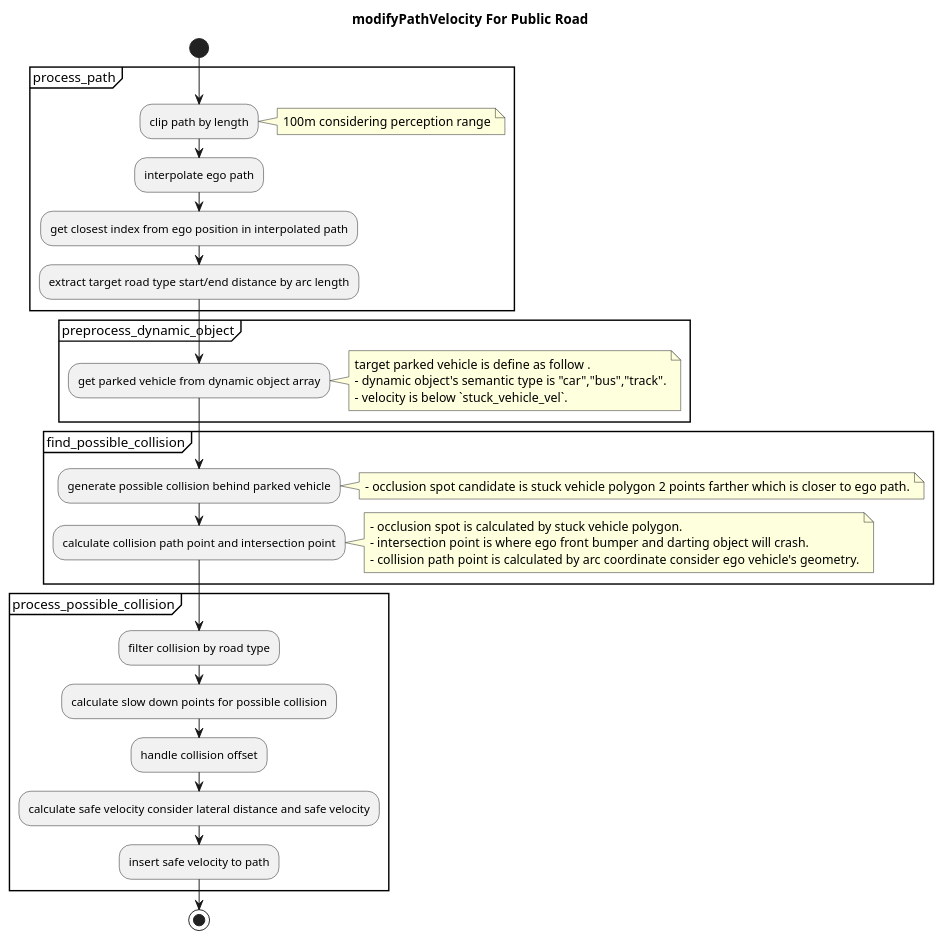
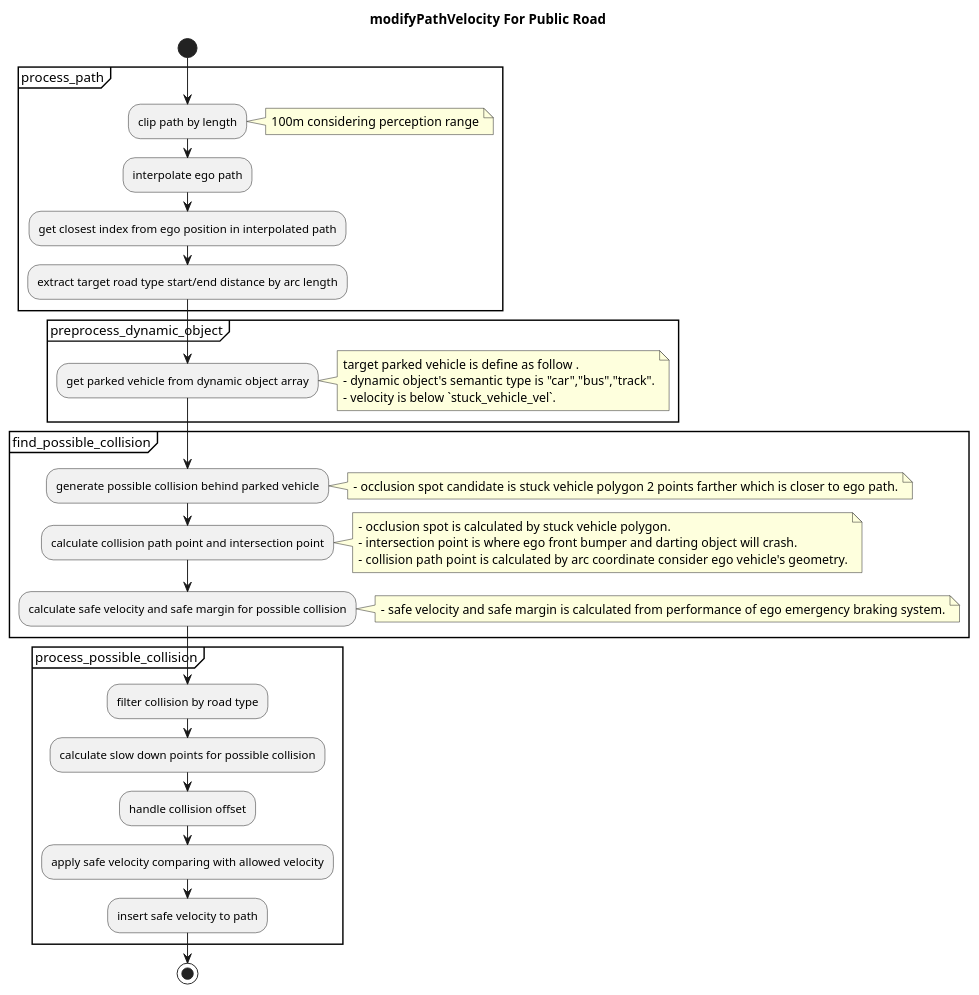
The second of 3 diagrams in planning/behavior_velocity_planner/occlusion-spot-design.md (autowarefoundation/autoware.universe), drawn with PlantUML before and after one commit. The commit also changed other lines of this file and 4 other files, not shown here.

````diff
--- a/planning/behavior_velocity_planner/occlusion-spot-design.md
+++ b/planning/behavior_velocity_planner/occlusion-spot-design.md
@@ -158,44 +184,48 @@
 ```plantuml
 @startuml
 title modifyPathVelocity For Public Road
 start
 
 partition process_path {
 :clip path by length;
 note right
   100m considering perception range
 end note
 :interpolate ego path;
 :get closest index from ego position in interpolated path;
 :extract target road type start/end distance by arc length;
 }
 partition preprocess_dynamic_object {
 :get parked vehicle from dynamic object array;
 note right
   target parked vehicle is define as follow .
   - dynamic object's semantic type is "car","bus","track".
   - velocity is below `stuck_vehicle_vel`.
 end note
 }
 partition find_possible_collision {
 :generate possible collision behind parked vehicle;
 note right
   - occlusion spot candidate is stuck vehicle polygon 2 points farther which is closer to ego path.
 end note
 :calculate collision path point and intersection point;
 note right
   - occlusion spot is calculated by stuck vehicle polygon.
   - intersection point is where ego front bumper and darting object will crash.
   - collision path point is calculated by arc coordinate consider ego vehicle's geometry.
 end note
+:calculate safe velocity and safe margin for possible collision;
+note right
+  - safe velocity and safe margin is calculated from performance of ego emergency braking system.
+end note
 }
 partition process_possible_collision {
 :filter collision by road type;
 :calculate slow down points for possible collision;
 :handle collision offset;
-:calculate safe velocity consider lateral distance and safe velocity;
+:apply safe velocity comparing with allowed velocity;
 :insert safe velocity to path;
 }
 stop
 @enduml
 ```
````
